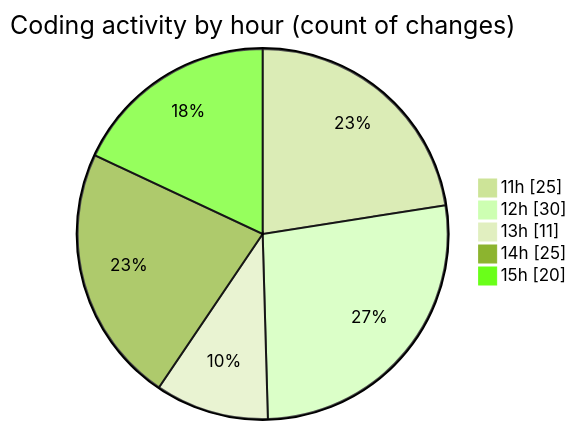
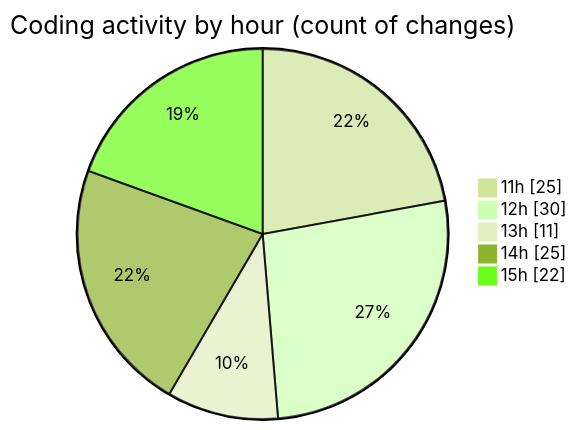
The second of 2 diagrams in 2025-08-13/nxtqube_webapp/README.md (nxtqubesakshisongat/code-tracking), drawn with Mermaid (forest theme) before and after one commit. The commit also changed other lines of this file and 1 other file, not shown here.

````diff
--- a/2025-08-13/nxtqube_webapp/README.md
+++ b/2025-08-13/nxtqube_webapp/README.md
@@ -35,9 +35,9 @@
 ```mermaid
 pie showData
 title Coding activity by hour (count of changes)
 "11h" : 25
 "12h" : 30
 "13h" : 11
 "14h" : 25
-"15h" : 20
+"15h" : 22
 ```
````
